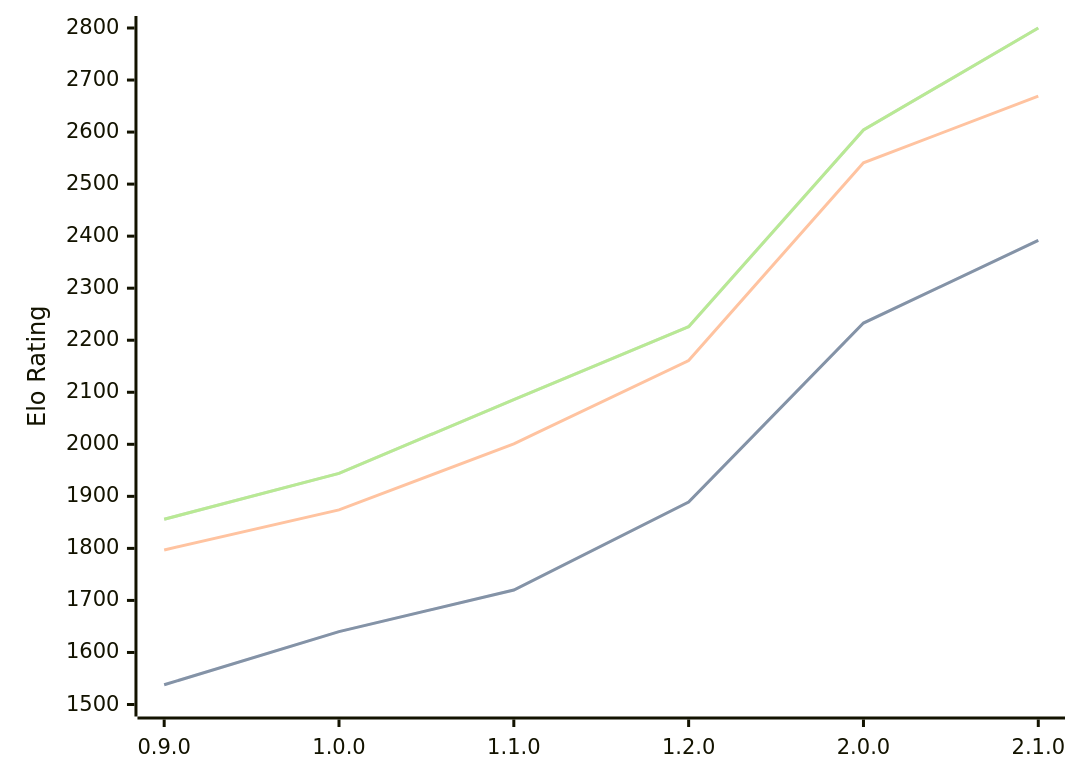
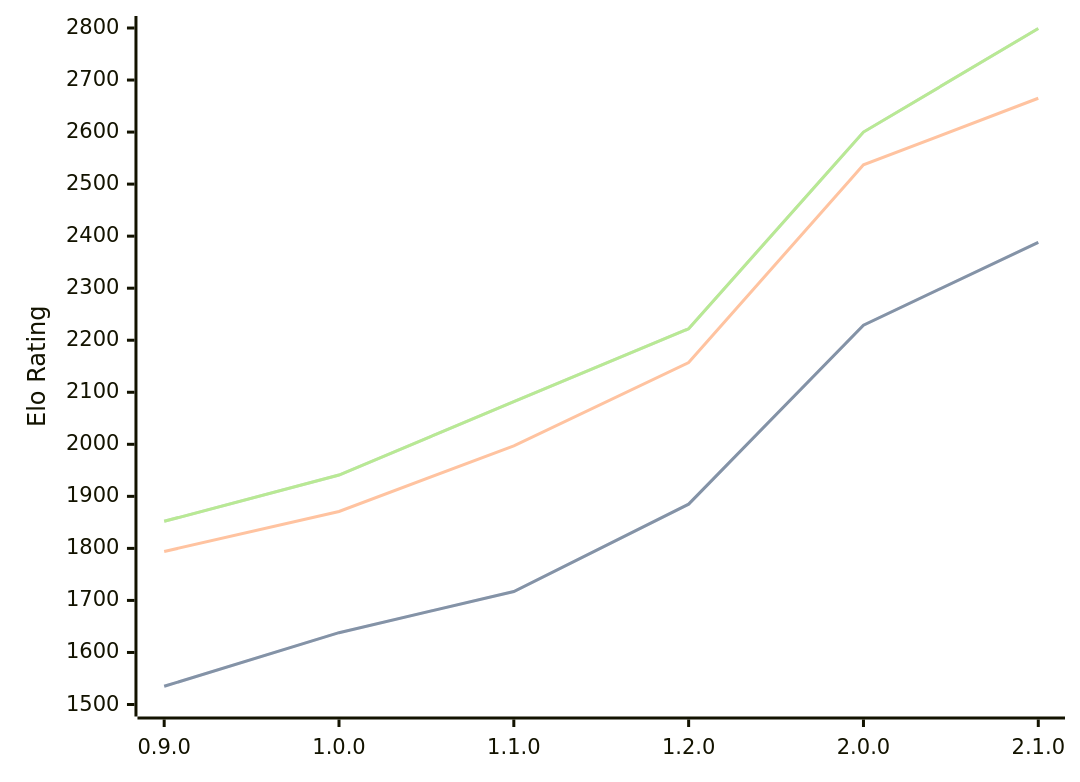
The third of 3 diagrams in engines/Ratsu.md (computer-chess-index/cci), drawn with Mermaid before and after one commit. The commit also changed other lines of this file, not shown here.

Commit message:
Update CCI Ratings (ELO VLTC) - 2026-07-16

````diff
--- a/engines/Ratsu.md
+++ b/engines/Ratsu.md
@@ -69,11 +69,11 @@
 ```mermaid
 %%{init: {"theme":"base","themeVariables":{"seriesColors:['#a3a3a3','#222221','#faa371']}}}%%
 xychart-beta
   x-axis ["0.9.0", "1.0.0", "1.1.0", "1.2.0", "2.0.0", "2.1.0"]
   y-axis "Elo Rating" 1500 --> 2800
-  line "STC (8.0+0.08s)" [1538, 1640, 1720, 1889, 2233, 2392]
-  line "STC (8.0+0.08s)" [1538, 1640, 1720, 1889, 2233, 2392]
-  line "LTC (60.0+0.60s)" [1797, 1874, 2001, 2161, 2541, 2669]
-  line "VLTC (2m24s+1.12s)" [1856, 1944, 2086, 2226, 2604, 2800]
-  line "VLTC (2m24s+1.12s)" [1856, 1944, 2086, 2226, 2604, 2800]
+  line "STC (8.0+0.08s)" [1535, 1638, 1717, 1885, 2229, 2388]
+  line "STC (8.0+0.08s)" [1535, 1638, 1717, 1885, 2229, 2388]
+  line "LTC (60.0+0.60s)" [1794, 1871, 1997, 2157, 2537, 2665]
+  line "VLTC (2m24s+1.12s)" [1852, 1941, 2082, 2222, 2600, 2799]
+  line "VLTC (2m24s+1.12s)" [1852, 1941, 2082, 2222, 2600, 2799]
 ```
````
